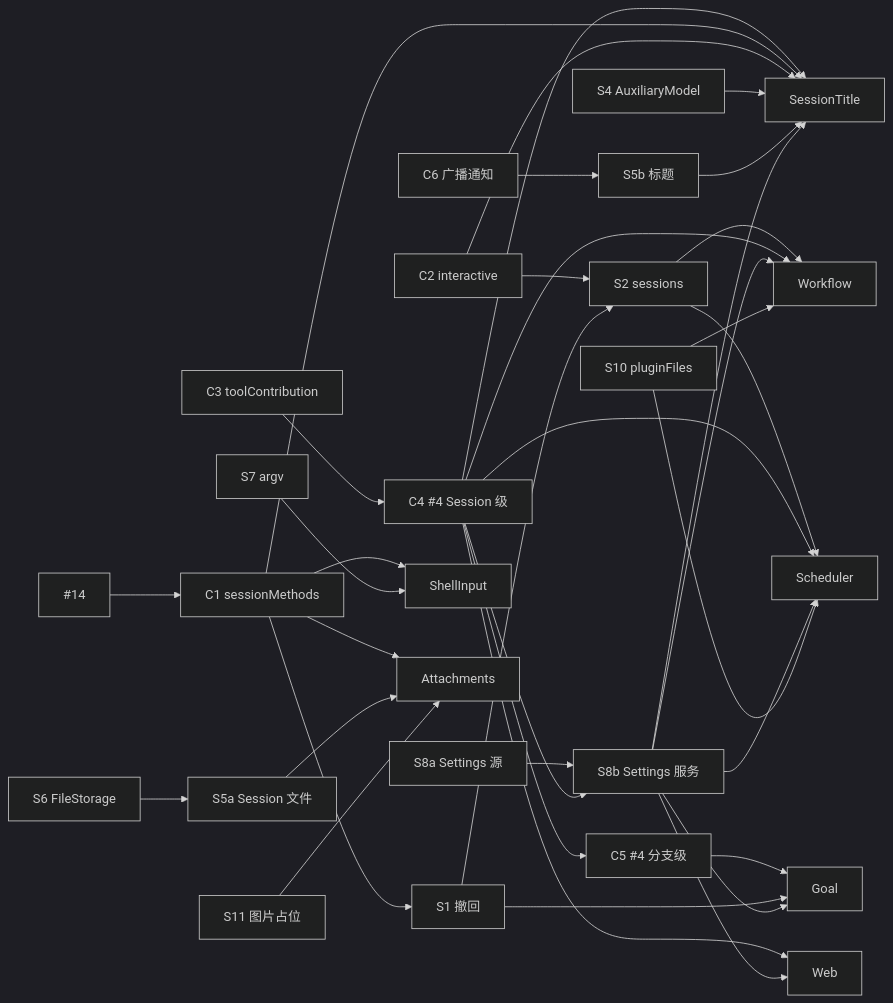
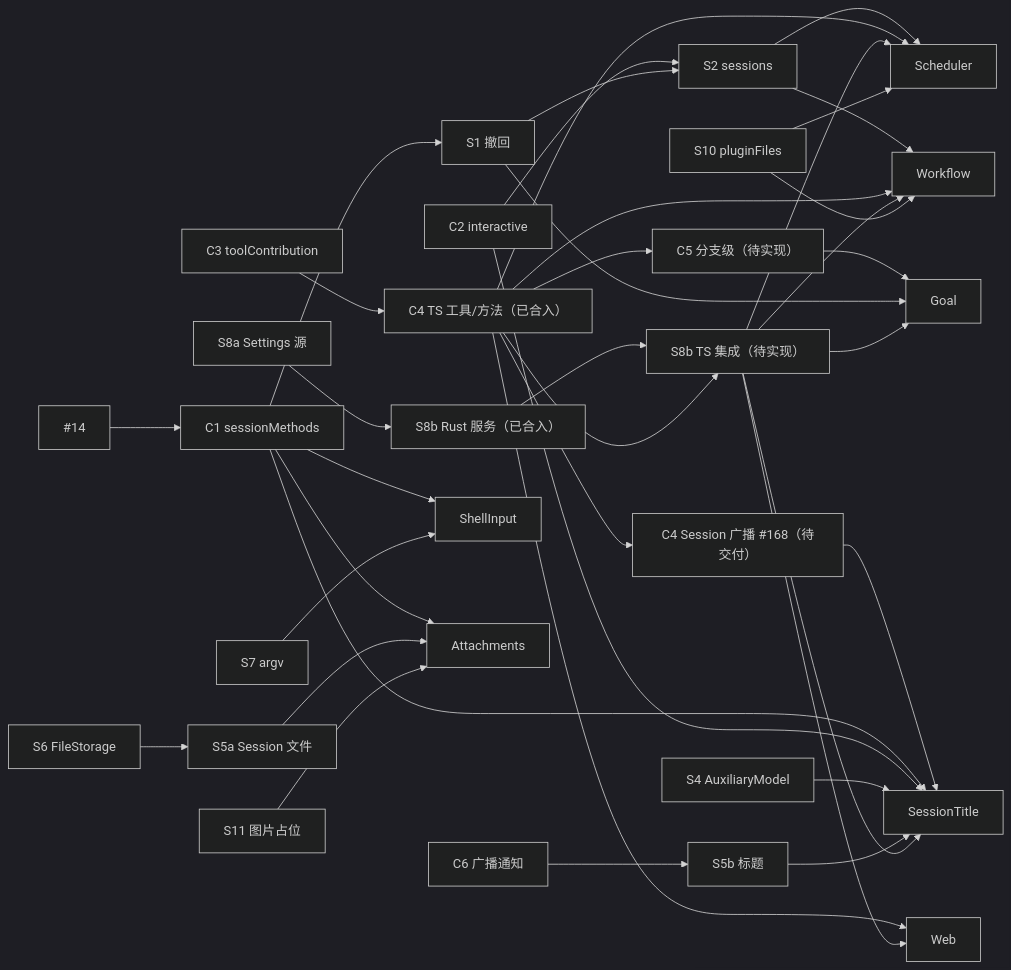
Before and after one commit to CoutinhoTTS/dim-agent: the diagram in docs/design/roadmap.md, drawn with Mermaid (dark theme). The commit also changed other lines of this file, not shown here.

Commit message:
docs: sync roadmap after Settings and compaction research merges

````diff
--- a/docs/design/roadmap.md
+++ b/docs/design/roadmap.md
@@ -170,37 +174,37 @@
 ```mermaid
 flowchart LR
   PR14["#14"] --> C1["C1 sessionMethods"]
-  C3["C3 toolContribution"] --> C4["C4 #4 Session 级"] --> C5["C5 #4 分支级"]
+  C3["C3 toolContribution"] --> C4["C4 TS 工具/方法（已合入）"] --> C5["C5 分支级（待实现）"]
   C1 --> S1["S1 撤回"]
   C2["C2 interactive"] --> S2["S2 sessions"]
   S1 --> S2
   C6["C6 广播通知"] --> S5b["S5b 标题"]
   S6["S6 FileStorage"] --> S5a["S5a Session 文件"]
 
   C1 --> SH["ShellInput"]
   S7["S7 argv"] --> SH
   C1 --> AT["Attachments"]
   S5a --> AT
   S11["S11 图片占位"] --> AT
   C4 --> WEB["Web"]
-  S8a["S8a Settings 源"] --> S8b["S8b Settings 服务"]
+  S8a["S8a Settings 源"] --> S8bRust["S8b Rust 服务（已合入）"] --> S8b["S8b TS 集成（待实现）"]
   C4 --> S8b
   S8b --> WEB
-  C4 --> ST["SessionTitle"]
+  C4 --> Broadcast["C4 Session 广播 #168（待交付）"] --> ST["SessionTitle"]
   C1 --> ST
   C2 --> ST
   S4["S4 AuxiliaryModel"] --> ST
   S5b --> ST
   S8b --> ST
   C5 --> GO["Goal"]
   S1 --> GO
   S8b --> GO
   S2 --> SC["Scheduler"]
   S2 --> WF["Workflow"]
   C4 --> SC
   C4 --> WF
   S8b --> SC
   S8b --> WF
   S10["S10 pluginFiles"] --> SC
   S10 --> WF
 ```
````
